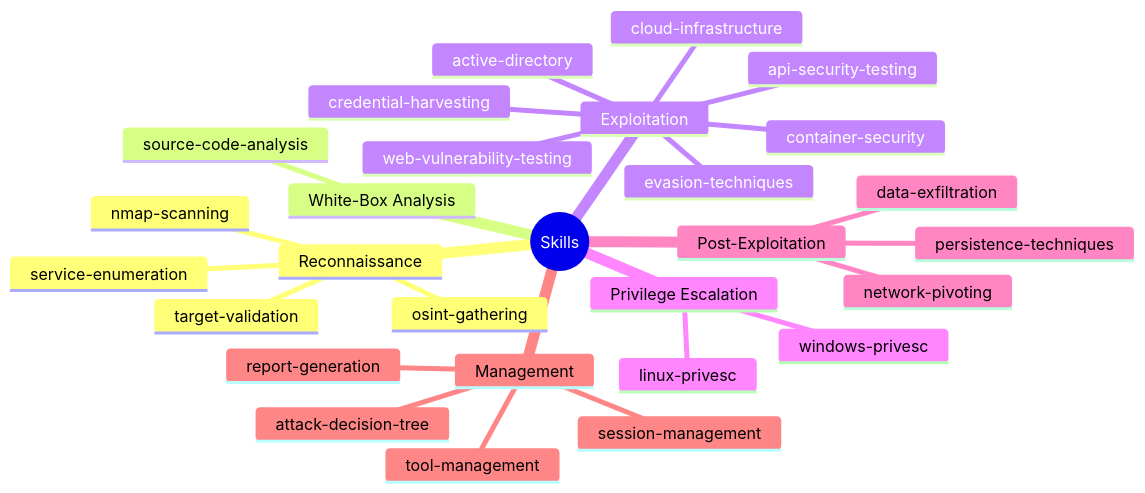
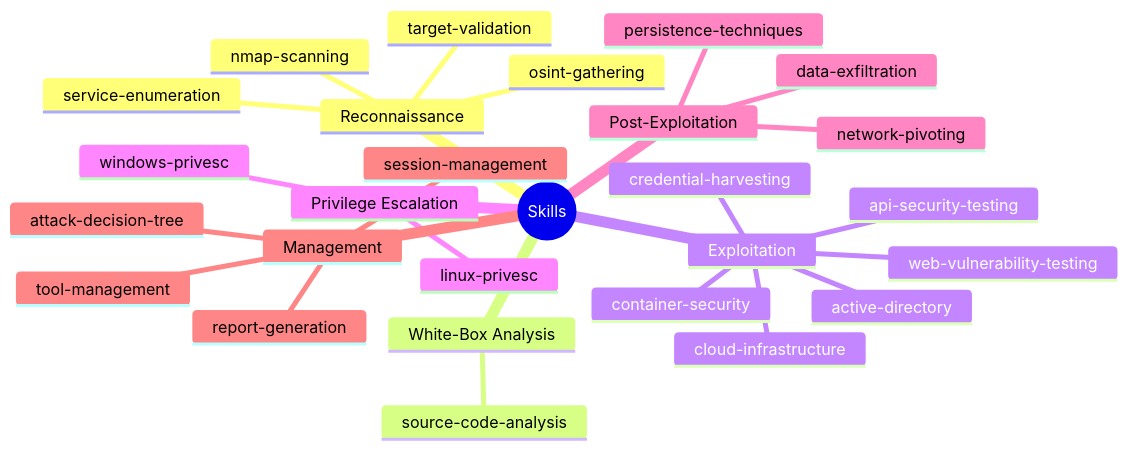
One commit to goldenapplestudios/Clicky changed the first of 7 diagrams in docs/skills.md. Above: the diagram before and after it, drawn with Mermaid. The commit also changed other lines of this file and 7 other files, not shown here.

First line of the commit message:
Remove evasion-techniques skill and its cross-references

````diff
--- a/docs/skills.md
+++ b/docs/skills.md
@@ -11,31 +11,30 @@
 ```mermaid
 mindmap
   root((Skills))
     Reconnaissance
       nmap-scanning
       service-enumeration
       osint-gathering
       target-validation
     White-Box Analysis
       source-code-analysis
     Exploitation
       web-vulnerability-testing
       api-security-testing
       credential-harvesting
       active-directory
       container-security
       cloud-infrastructure
-      evasion-techniques
     Privilege Escalation
       linux-privesc
       windows-privesc
     Post-Exploitation
       persistence-techniques
       data-exfiltration
       network-pivoting
     Management
       session-management
       attack-decision-tree
       tool-management
       report-generation
 ```
````
